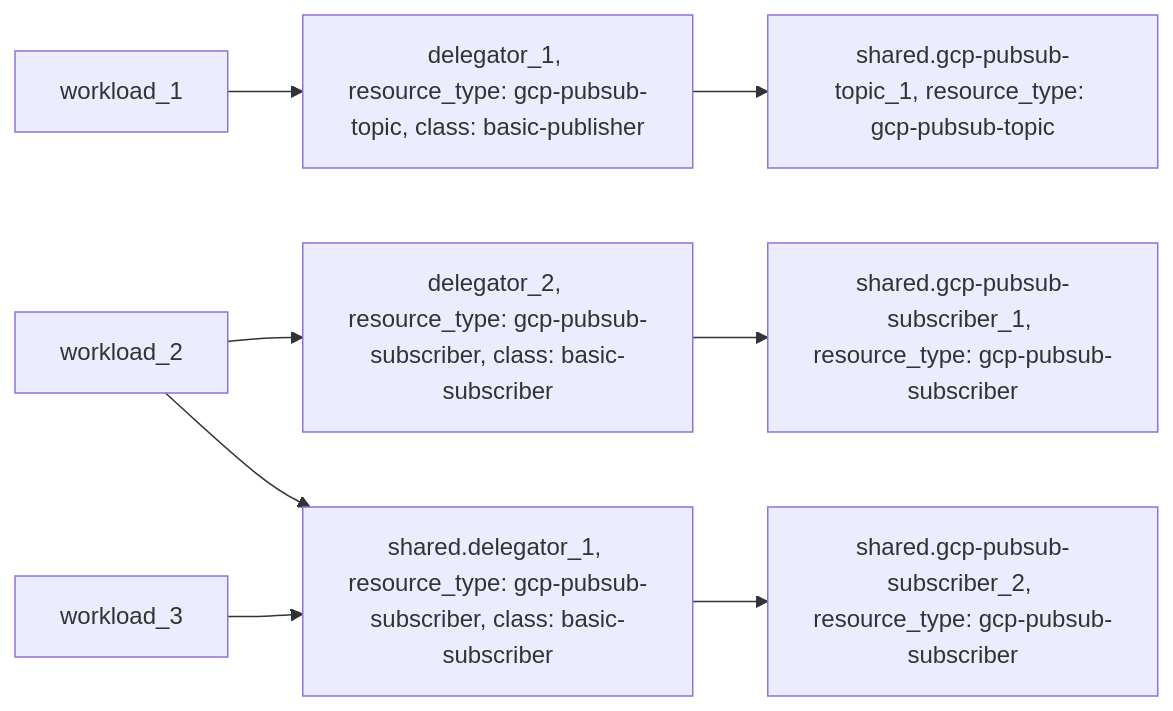
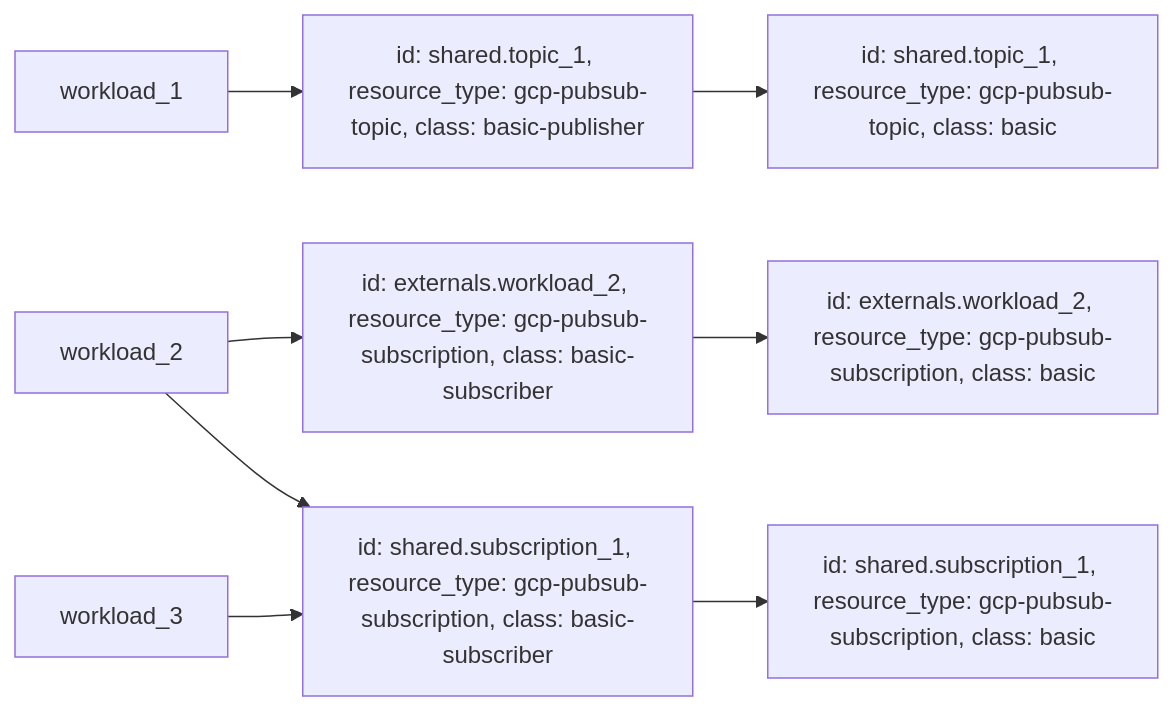
Before and after one commit to humanitec-architecture/resource-packs-gcp: the second of 2 diagrams in examples/gcp-pubsub/README.md, drawn with Mermaid. The commit also changed other lines of this file, not shown here.

Commit message:
Fixing Mermaid graph labelling and adding description

````diff
--- a/examples/gcp-pubsub/README.md
+++ b/examples/gcp-pubsub/README.md
@@ -75,7 +75,7 @@
 ```mermaid
 graph LR;
-  workload_1 --> delegator_1["delegator_1, resource_type: gcp-pubsub-topic", class: basic-publisher] --> shared.gcp-pubsub-topic_1["shared.gcp-pubsub-topic_1, resource_type: gcp-pubsub-topic"]
-  workload_2 --> delegator_2["delegator_2, resource_type: gcp-pubsub-subscriber, class: basic-subscriber"] --> shared.gcp-pubsub-subscriber_1["shared.gcp-pubsub-subscriber_1, resource_type: gcp-pubsub-subscriber"]
-  workload_2 --> shared.delegator_1["shared.delegator_1, resource_type: gcp-pubsub-subscriber, class: basic-subscriber"]
-  workload_3 --> shared.delegator_1 --> shared.gcp-pubsub-subscriber_2["shared.gcp-pubsub-subscriber_2, resource_type: gcp-pubsub-subscriber"]
+  workload_1 --> delegator_1["id: shared.topic_1, resource_type: gcp-pubsub-topic, class: basic-publisher"] --> shared.gcp-pubsub-topic_1["id: shared.topic_1, resource_type: gcp-pubsub-topic, class: basic"]
+  workload_2 --> delegator_2["id: externals.workload_2, resource_type: gcp-pubsub-subscription, class: basic-subscriber"] --> shared.gcp-pubsub-subscriber_1["id: externals.workload_2, resource_type: gcp-pubsub-subscription, class: basic"]
+  workload_2 --> shared.delegator_1["id: shared.subscription_1, resource_type: gcp-pubsub-subscription, class: basic-subscriber"]
+  workload_3 --> shared.delegator_1 --> shared.gcp-pubsub-subscriber_2["id: shared.subscription_1, resource_type: gcp-pubsub-subscription, class: basic"]
 ```
````
